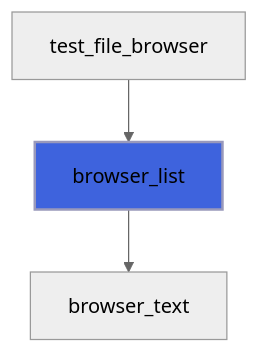
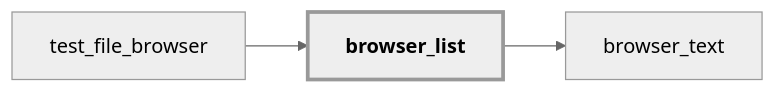
One commit to szaghi/figure changed diagram 14 of 57 in docs/api/src/lib/figure_testing.md. Above: the diagram before and after it, drawn with Mermaid (neutral theme). The commit also changed other lines of this file and 54 other files, not shown here.

````diff
--- a/docs/api/src/lib/figure_testing.md
+++ b/docs/api/src/lib/figure_testing.md
@@ -445,6 +533,9 @@
 ```mermaid
-flowchart TD
+flowchart LR
   test_file_browser["test_file_browser"] --> browser_list["browser_list"]
   browser_list["browser_list"] --> browser_text["browser_text"]
-  style browser_list fill:#3e63dd,stroke:#99b,stroke-width:2px
+  classDef focus stroke-width:3px,font-weight:bold
+  class browser_list focus
+  click test_file_browser href "#test-file-browser" "test_file_browser"
+  click browser_text href "#browser-text" "browser_text"
 ```
````
